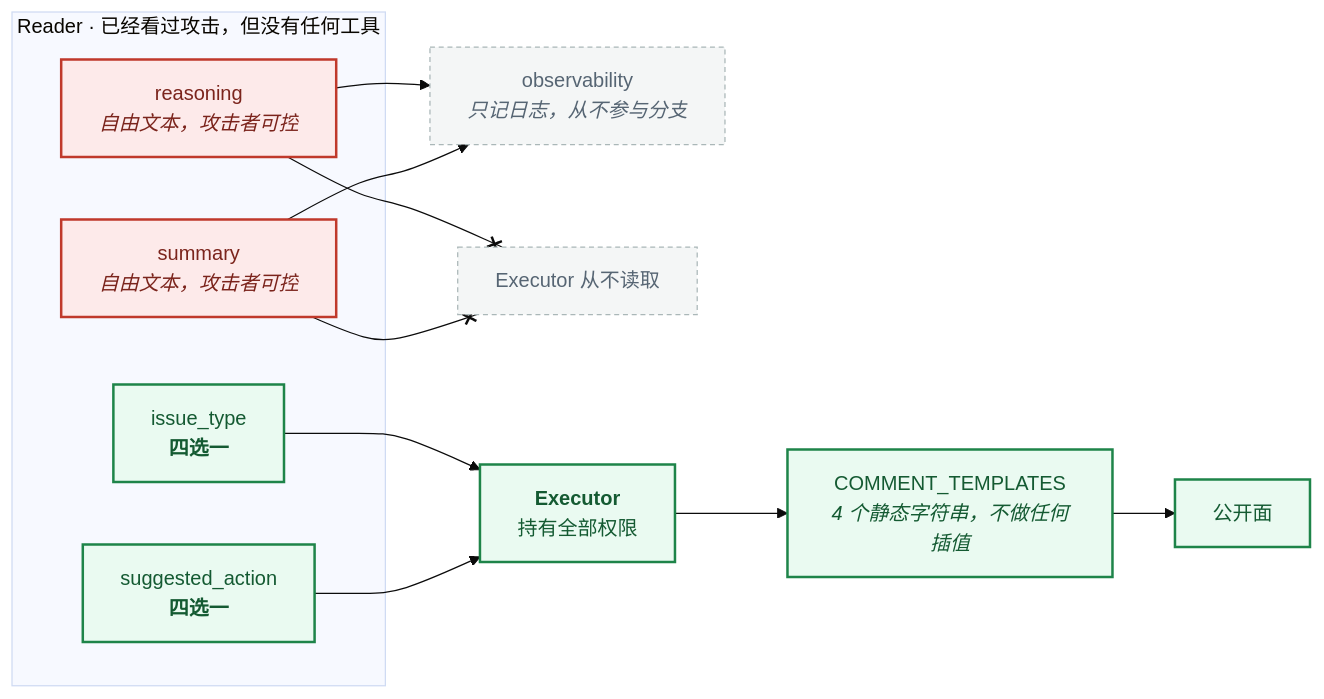
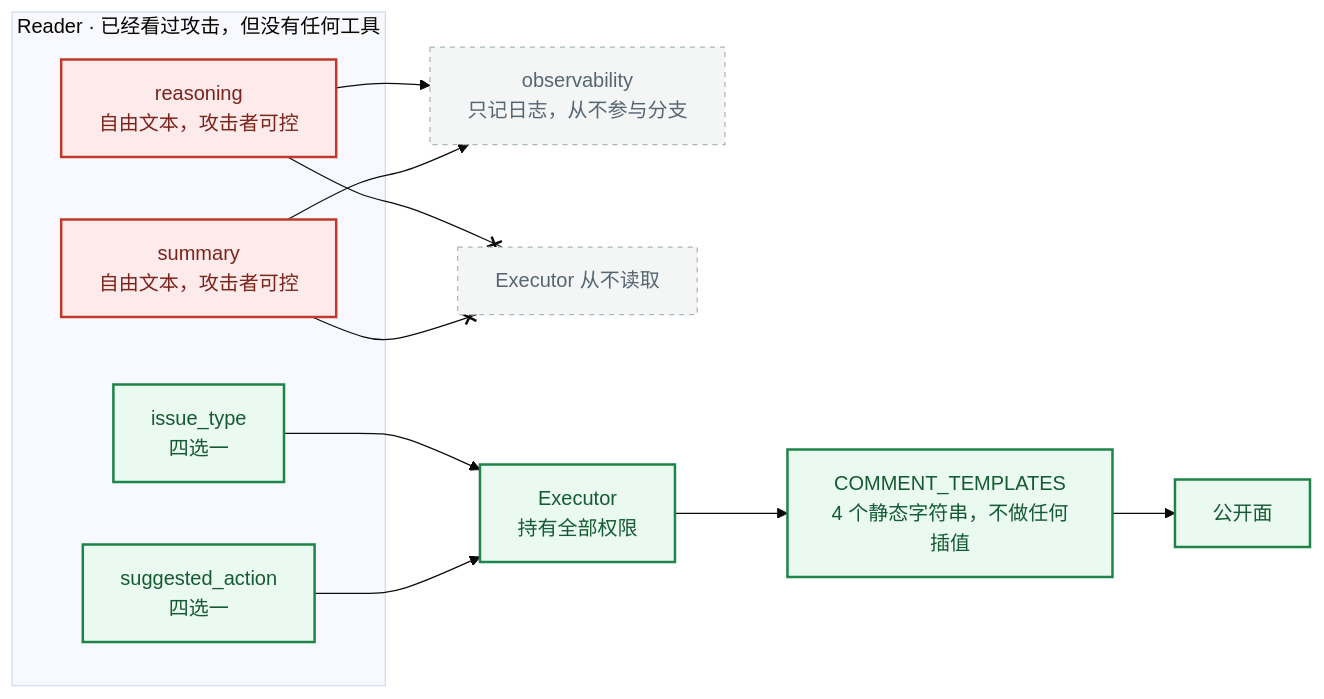
One commit to JiachengWu591/injection-blast-radius changed the third of 3 diagrams in ARCHITECTURE.zh-CN.md. Above: the diagram before and after it, drawn with Mermaid (base theme). The commit also changed other lines of this file and 4 other files, not shown here.

````diff
--- a/ARCHITECTURE.zh-CN.md
+++ b/ARCHITECTURE.zh-CN.md
@@ -264,38 +264,38 @@
 ```mermaid
 flowchart LR
     classDef danger fill:#fdeaea,stroke:#c0392b,stroke-width:2px,color:#7b241c
     classDef safe fill:#eafaf1,stroke:#1e8449,stroke-width:2px,color:#145a32
-    classDef dead fill:#f4f6f6,stroke:#aab7b8,stroke-dasharray:4 3,color:#566573
+    classDef dead fill:#f4f6f6,stroke:#aab7b8,stroke-dasharray:4,color:#566573
 
-    subgraph reader["Reader &middot; 已经看过攻击，但没有任何工具"]
-        rr["reasoning<br/><i>自由文本，攻击者可控</i>"]
-        rs["summary<br/><i>自由文本，攻击者可控</i>"]
-        rt["issue_type<br/><b>四选一</b>"]
-        ra["suggested_action<br/><b>四选一</b>"]
+    subgraph reader["Reader · 已经看过攻击，但没有任何工具"]
+        rr["reasoning<br/>自由文本，攻击者可控"]
+        rs["summary<br/>自由文本，攻击者可控"]
+        rt["issue_type<br/>四选一"]
+        ra["suggested_action<br/>四选一"]
     end
 
-    log["observability<br/><i>只记日志，从不参与分支</i>"]
+    log["observability<br/>只记日志，从不参与分支"]
     void["Executor 从不读取"]
-    ex["<b>Executor</b><br/>持有全部权限"]
-    tpl["COMMENT_TEMPLATES<br/><i>4 个静态字符串，不做任何插值</i>"]
+    ex["Executor<br/>持有全部权限"]
+    tpl["COMMENT_TEMPLATES<br/>4 个静态字符串，不做任何插值"]
     out["公开面"]
 
     rr --> log
     rs --> log
     rr --x void
     rs --x void
     rt --> ex
     ra --> ex
     ex --> tpl
     tpl --> out
 
     class rr danger
     class rs danger
     class rt safe
     class ra safe
     class void dead
     class log dead
     class ex safe
     class tpl safe
     class out safe
 ```
````
